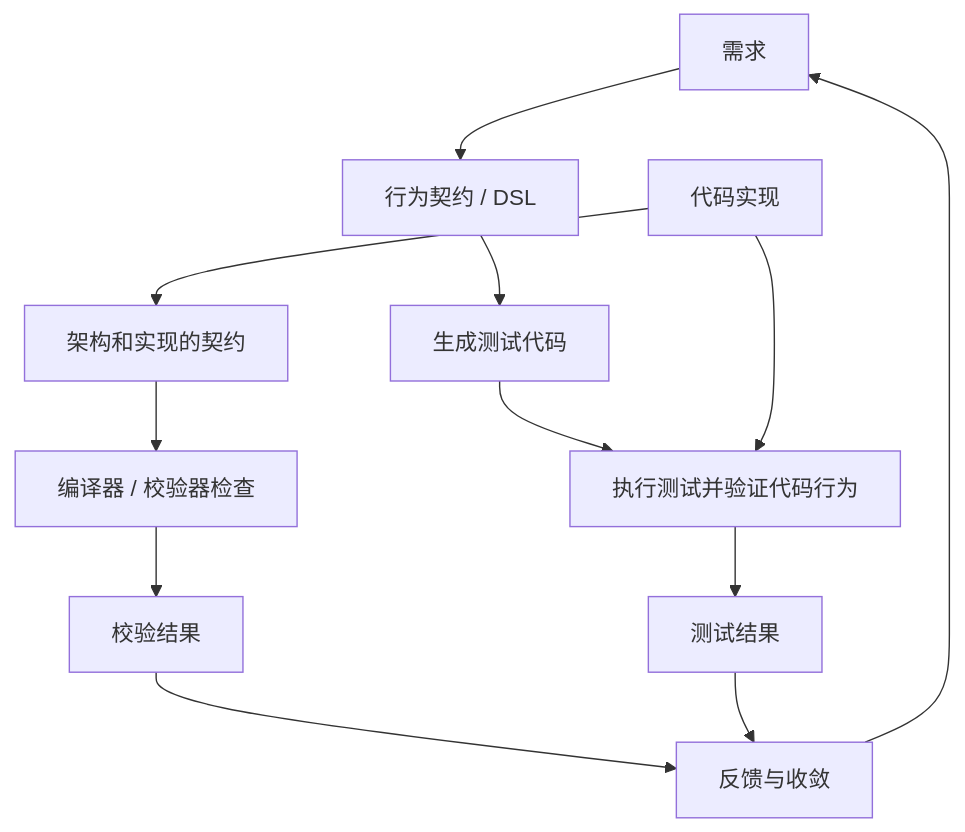
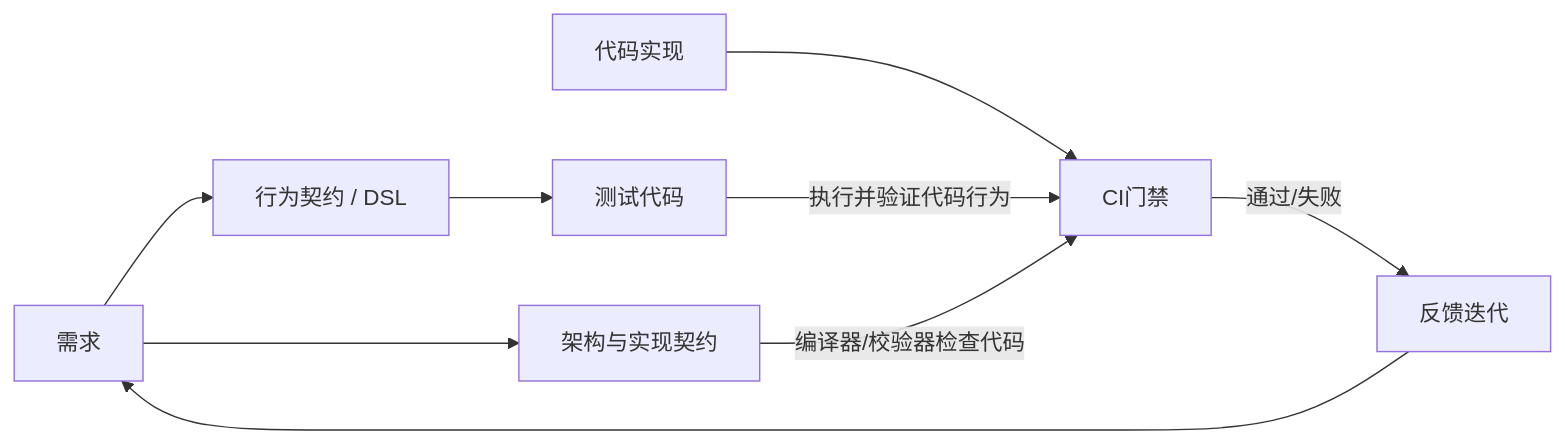
Before and after one commit to biantaishabi2/Cli: the diagram in README.md, drawn with Mermaid.

Commit message:
docs: simplify README mermaid loop to CI gate model

````diff
--- a/README.md
+++ b/README.md
@@ -18,18 +18,18 @@
 ```mermaid
-flowchart TD
-    A[需求] --> B[行为契约 / DSL]
-    B --> C[生成测试代码]
+flowchart LR
+    A[需求]
+    B[行为契约 / DSL]
+    C[测试代码]
+    D[代码实现]
+    E[架构与实现契约]
+    G[CI门禁]
+    R[反馈迭代]
 
-    D[代码实现] --> E[架构和实现的契约]
-    E --> F[编译器 / 校验器检查]
-
-    C --> G[执行测试并验证代码行为]
+    A --> B --> C
+    A --> E
     D --> G
-
-    F --> H[校验结果]
-    G --> I[测试结果]
-
-    H --> J[反馈与收敛]
-    I --> J
-    J --> A
+    C -->|执行并验证代码行为| G
+    E -->|编译器/校验器检查代码| G
+    G -->|通过/失败| R
+    R --> A
 ```
````
